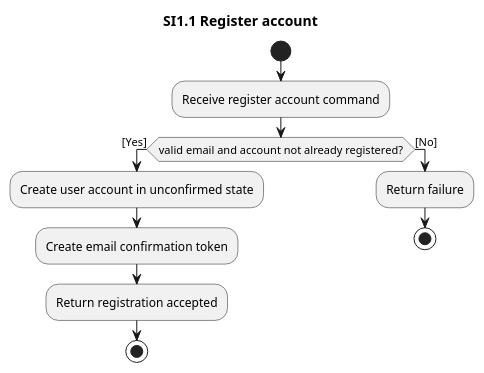
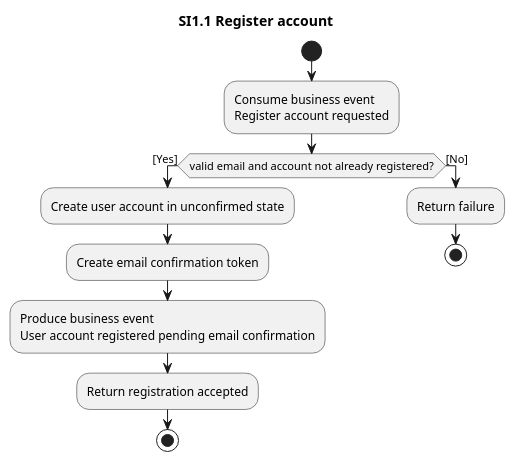
The diagram in docs/system-interactions/si1.1-register-account.pu (ottolote/fixme), drawn with PlantUML before and after one commit. The commit also changed 33 other files, not shown here.

```diff
--- a/docs/system-interactions/si1.1-register-account.pu
+++ b/docs/system-interactions/si1.1-register-account.pu
@@ -1,17 +1,20 @@
 @startuml si1.1-register-account
 title SI1.1 Register account
 
 start
-:Receive register account command;
+:Consume business event
+Register account requested;
 
 if (valid email and account not already registered?) then ([Yes])
   :Create user account in unconfirmed state;
   :Create email confirmation token;
+  :Produce business event
+User account registered pending email confirmation;
   :Return registration accepted;
   stop
 else ([No])
   :Return failure;
   stop
 endif
 
 @enduml
```
